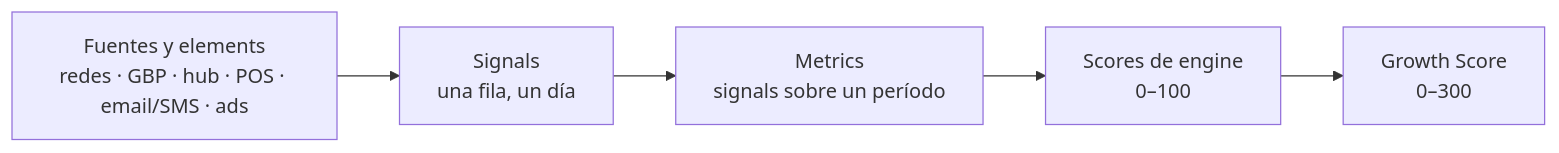
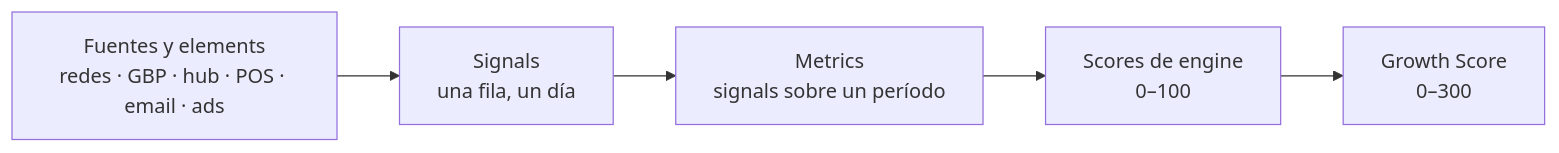
Before and after one commit to atriumad/atrium.agent.docs: the diagram in i18n/es/docusaurus-plugin-content-docs/current/system/metrics.md, drawn with Mermaid. The commit also changed other lines of this file and 105 other files, not shown here.

First line of the commit message:
docs: sync content from the platform repo (loyalty, ADR 0019-0022, agents, architecture), keep the design system

````diff
--- a/i18n/es/docusaurus-plugin-content-docs/current/system/metrics.md
+++ b/i18n/es/docusaurus-plugin-content-docs/current/system/metrics.md
@@ -13,7 +13,7 @@
 ```mermaid
 flowchart LR
-  S["Fuentes y elements<br/>redes · GBP · hub · POS · email/SMS · ads"] --> G["Signals<br/>una fila, un día"]
+  S["Fuentes y elements<br/>redes · GBP · hub · POS · email · ads"] --> G["Signals<br/>una fila, un día"]
   G --> M["Metrics<br/>signals sobre un período"]
   M --> E["Scores de engine<br/>0–100"]
   E --> GS["Growth Score<br/>0–300"]
 ```
````
